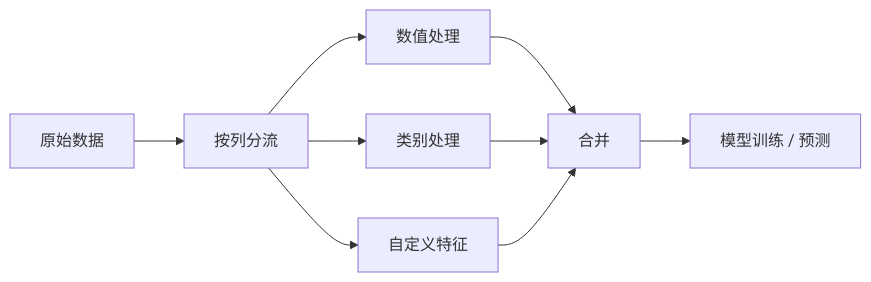
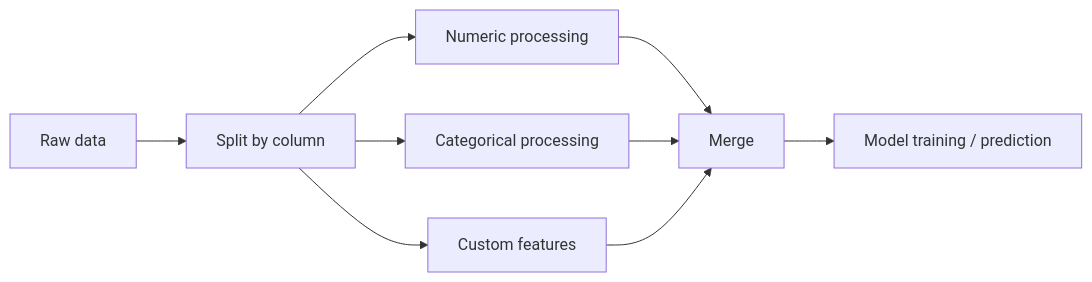
Before and after one commit to oudbiao/AI-fullstack-course: the first of 2 diagrams in docs/ch05-machine-learning/ch05-feature-engineering/05-pipeline.md, drawn with Mermaid. The commit also changed other lines of this file and 1406 other files, not shown here.

````diff
--- a/docs/ch05-machine-learning/ch05-feature-engineering/05-pipeline.md
+++ b/docs/ch05-machine-learning/ch05-feature-engineering/05-pipeline.md
@@ -30,11 +30,11 @@
 ```mermaid
 flowchart LR
-    A["原始数据"] --> B["按列分流"]
-    B --> C["数值处理"]
-    B --> D["类别处理"]
-    B --> E["自定义特征"]
-    C --> F["合并"]
+    A["Raw data"] --> B["Split by column"]
+    B --> C["Numeric processing"]
+    B --> D["Categorical processing"]
+    B --> E["Custom features"]
+    C --> F["Merge"]
     D --> F
     E --> F
-    F --> G["模型训练 / 预测"]
+    F --> G["Model training / prediction"]
 ```
````
